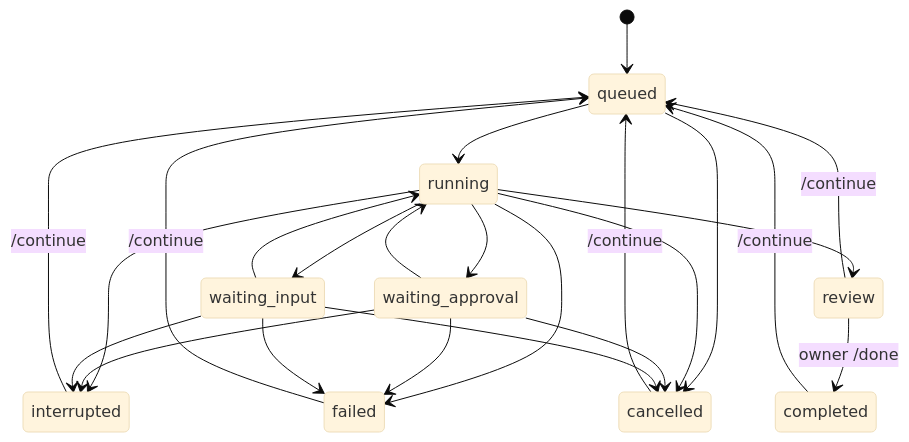
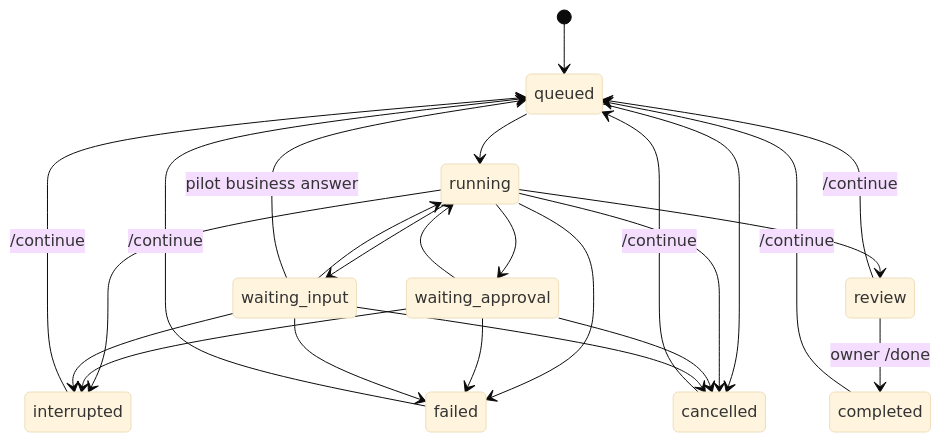
Before and after one commit to jgchenu/agent-steward: the diagram in docs/architecture.md, drawn with Mermaid (base theme). The commit also changed other lines of this file and 17 other files, not shown here.

````diff
--- a/docs/architecture.md
+++ b/docs/architecture.md
@@ -33,26 +35,27 @@
 ```mermaid
 stateDiagram-v2
   [*] --> queued
   queued --> running
   queued --> cancelled
   running --> waiting_approval
   running --> waiting_input
   waiting_approval --> running
   waiting_input --> running
+  waiting_input --> queued: pilot business answer
   running --> review
   review --> completed: owner /done
   running --> failed
   running --> cancelled
   running --> interrupted
   waiting_approval --> interrupted
   waiting_input --> interrupted
   waiting_approval --> cancelled
   waiting_input --> cancelled
   waiting_approval --> failed
   waiting_input --> failed
   review --> queued: /continue
   completed --> queued: /continue
   failed --> queued: /continue
   cancelled --> queued: /continue
   interrupted --> queued: /continue
 ```
````
